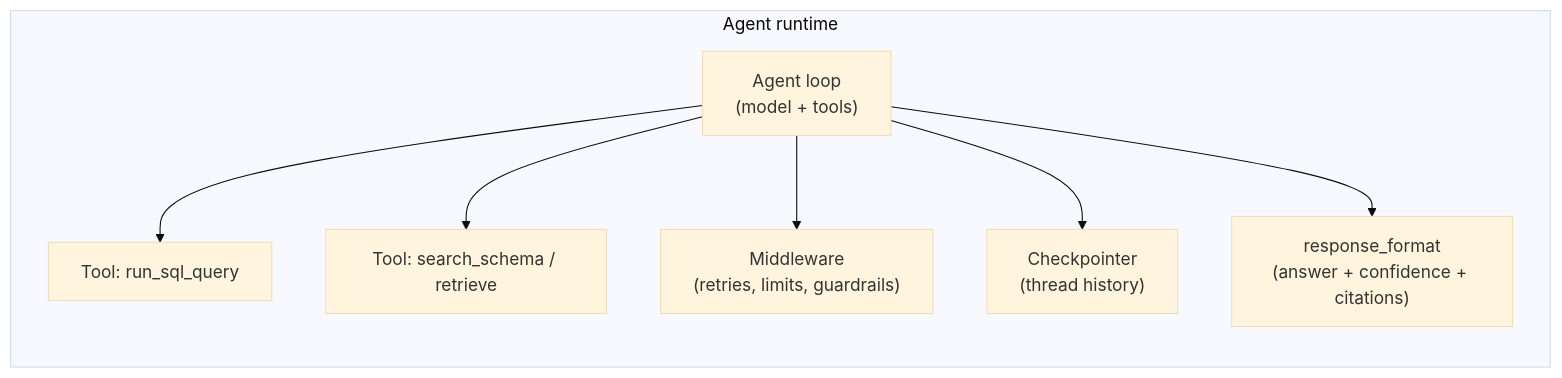
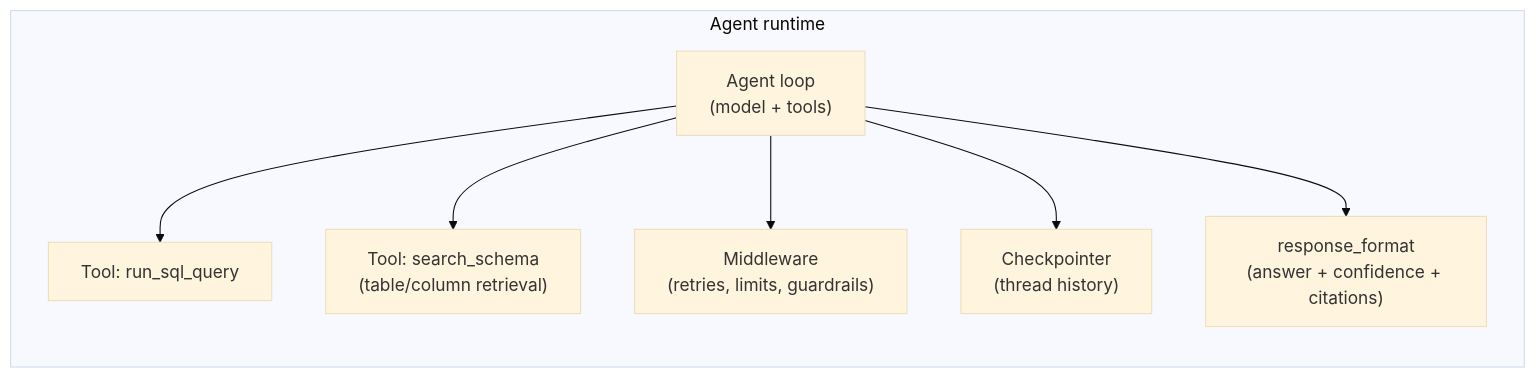
The third of 5 diagrams in docs/TDD.md (mahdiansarisadr/AccountingResearcher), drawn with Mermaid (base theme) before and after one commit. The commit also changed other lines of this file, not shown here.

Commit message:
TDD: integrate schema retrieval / table selection across architecture, agent, data, NFR, eval, ADRs, and rollout

````diff
--- a/docs/TDD.md
+++ b/docs/TDD.md
@@ -89,16 +91,16 @@
 ```mermaid
 flowchart LR
     subgraph agentrt["Agent runtime"]
         loop["Agent loop<br/>(model + tools)"]
         sqltool["Tool: run_sql_query"]
-        rettool["Tool: search_schema / retrieve"]
+        rettool["Tool: search_schema<br/>(table/column retrieval)"]
         mw["Middleware<br/>(retries, limits, guardrails)"]
         mem["Checkpointer<br/>(thread history)"]
         ro["response_format<br/>(answer + confidence + citations)"]
     end
     loop --> sqltool
     loop --> rettool
     loop --> mw
     loop --> mem
     loop --> ro
 ```
````
